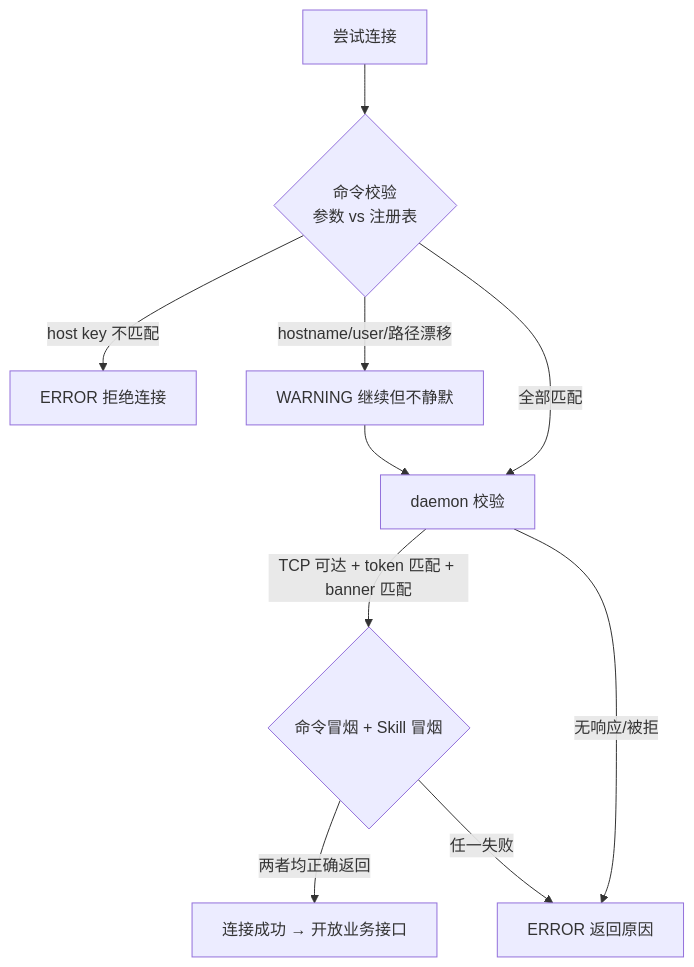
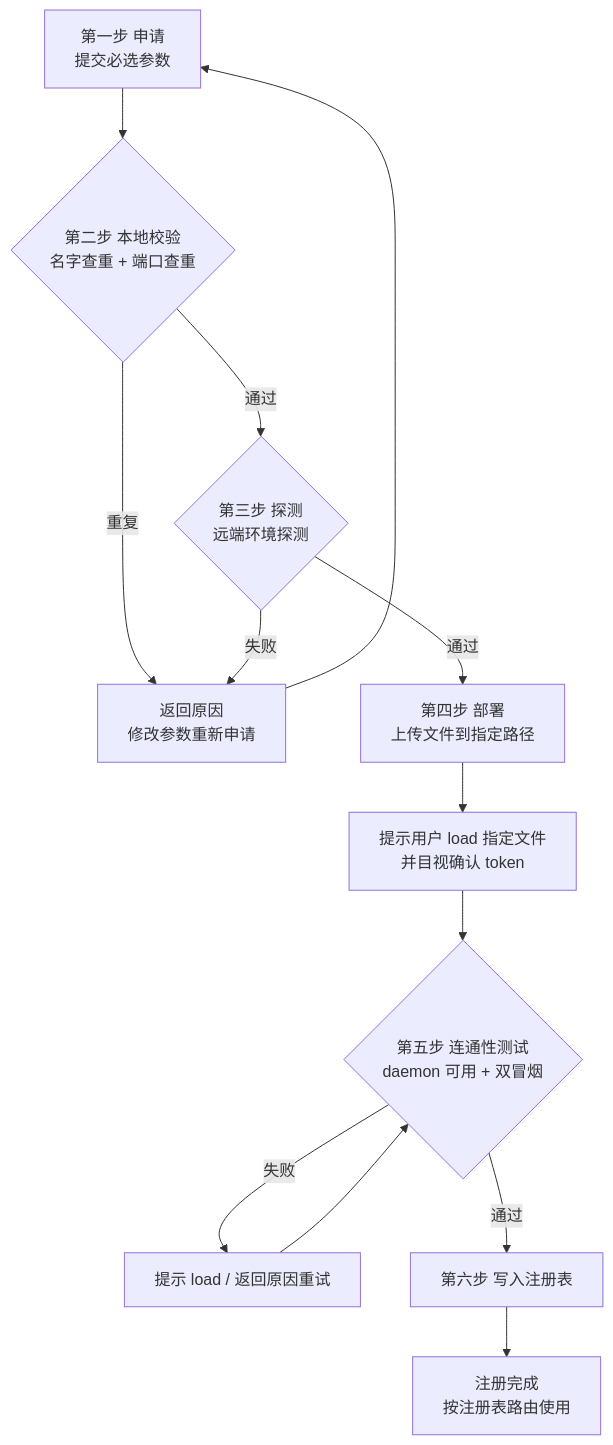
Before and after one commit to GentLau/virtuoso-bridge-NCS: the first of 2 diagrams in spec/design-concepts/底层与中层/多用户设计.md, drawn with Mermaid. The commit also changed other lines of this file and 242 other files, not shown here.

````diff
--- a/spec/design-concepts/底层与中层/多用户设计.md
+++ b/spec/design-concepts/底层与中层/多用户设计.md
@@ -136,12 +65,15 @@
 ```mermaid
 flowchart TD
-    A[尝试连接] --> C{命令校验<br/>参数 vs 注册表}
-    C -->|host key 不匹配| X[ERROR 拒绝连接]
-    C -->|hostname/user/路径漂移| W[WARNING 继续但不静默]
-    C -->|全部匹配| D[daemon 校验]
-    W --> D
-    D -->|TCP 可达 + token 匹配 + banner 匹配| S{命令冒烟 + Skill 冒烟}
-    D -->|无响应/被拒| F[ERROR 返回原因]
-    S -->|两者均正确返回| E[连接成功 → 开放业务接口]
-    S -->|任一失败| F
+    A[第一步 申请<br/>提交必选参数] --> B{第二步 本地校验<br/>名字查重 + 端口查重}
+    B -->|重复| A2[返回原因<br/>修改参数重新申请]
+    A2 --> A
+    B -->|通过| C{第三步 探测<br/>远端环境探测}
+    C -->|失败| A2
+    C -->|通过| D[第四步 部署<br/>上传文件到指定路径]
+    D --> D2[提示用户 load 指定文件<br/>并目视确认 token]
+    D2 --> E{第五步 连通性测试<br/>daemon 可用 + 双冒烟}
+    E -->|失败| E2[提示 load / 返回原因重试]
+    E2 --> E
+    E -->|通过| F[第六步 写入注册表]
+    F --> G[注册完成<br/>按注册表路由使用]
 ```
````
